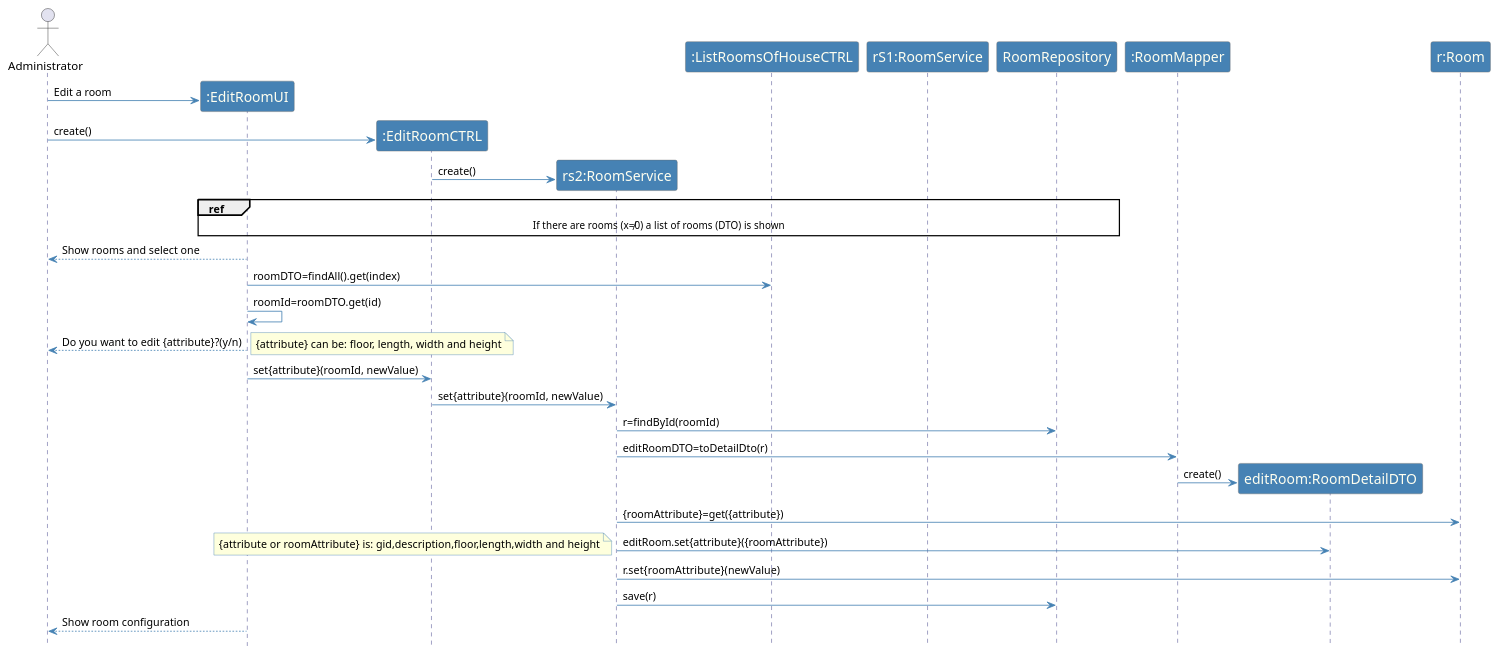
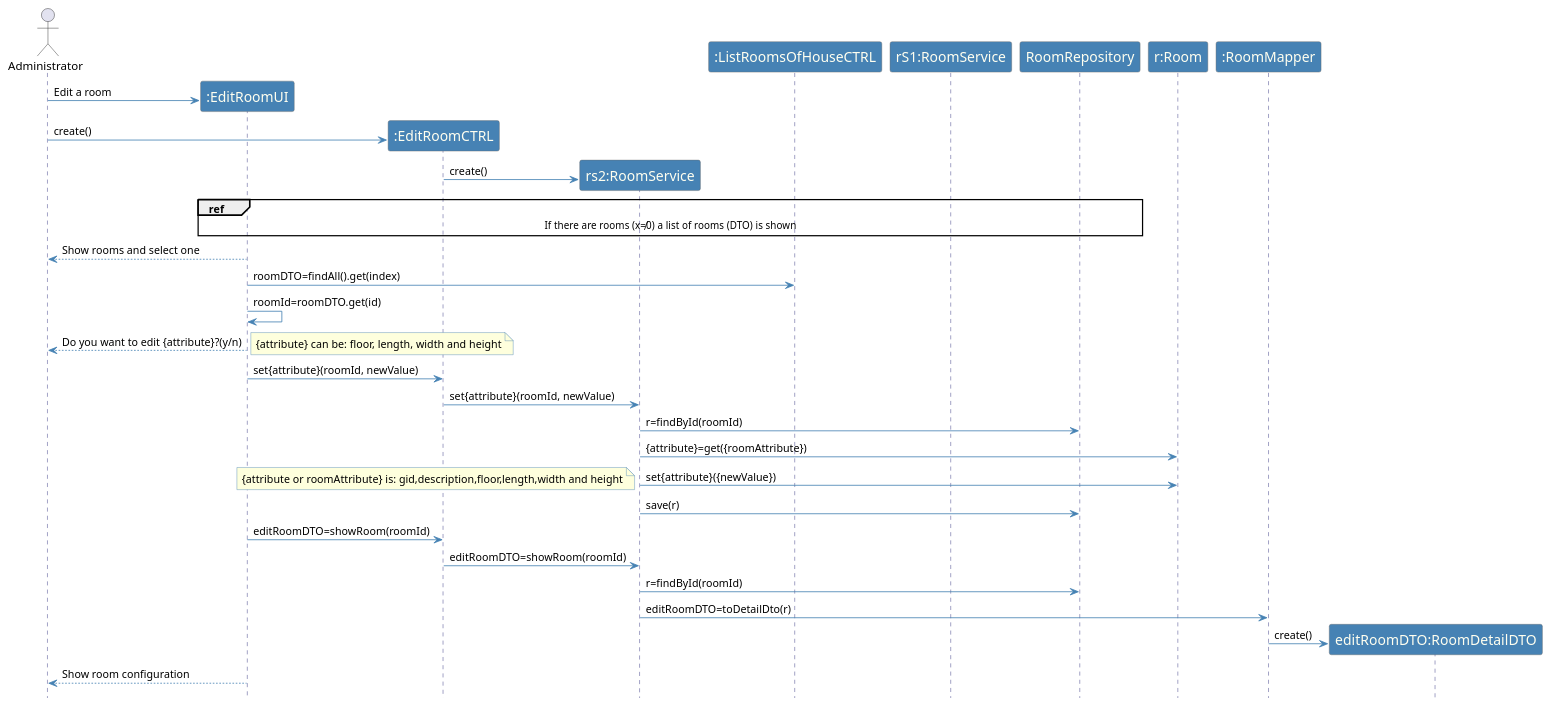
Before and after one commit to emanuel-pereira/hou: the diagram in src/main/java/smarthome/controller/sequenceDiagrams/sd_EditRoom.puml, drawn with PlantUML.

Commit message:
US109: update sequence diagram. Ref #249

```diff
--- a/src/main/java/smarthome/controller/sequenceDiagrams/sd_EditRoom.puml
+++ b/src/main/java/smarthome/controller/sequenceDiagrams/sd_EditRoom.puml
@@ -1,61 +1,65 @@
 @startuml
 hidefootbox
 
 actor Administrator
 
 skinparam sequence {
 	ArrowColor SteelBlue
 	ActorBorderColor Dimgray
 	LifeLineBorderColor MidnightBlue
 	LifeLineBackgroundColor #A9DCDF
 
 	ParticipantBorderColor Dimgray
 	ParticipantBackgroundColor SteelBlue
 	ParticipantFontName Calibri Bold
 	ParticipantFontSize 17
 	ParticipantFontColor Ivory
 
 	ActorBackgroundColor SteelBlue
 	ActorFontColor MidnightBlue
 	ActorFontSize 17
 	ActorFontName Aapex
 
 }
 
 skinparam note {
 BorderColor SteelBlue
 }
 
 create ":EditRoomUI"
 Administrator -> ":EditRoomUI":Edit a room
 create ":EditRoomCTRL"
 Administrator -> ":EditRoomCTRL": create()
 create "rs2:RoomService"
 ":EditRoomCTRL" -> "rs2:RoomService": create()
 ref over ":EditRoomUI", ":ListRoomsOfHouseCTRL", "rS1:RoomService", RoomRepository: If there are rooms (x≠0) a list of rooms (DTO) is shown
 Administrator <-- ":EditRoomUI": Show rooms and select one
 ":EditRoomUI" -> ":ListRoomsOfHouseCTRL": roomDTO=findAll().get(index)
 ":EditRoomUI" -> ":EditRoomUI": roomId=roomDTO.get(id)
 
 Administrator <-- ":EditRoomUI": Do you want to edit {attribute}?(y/n)
 note right
 {attribute} can be: floor, length, width and height
     end note
 ":EditRoomUI" -> ":EditRoomCTRL": set{attribute}(roomId, newValue)
 ":EditRoomCTRL" -> "rs2:RoomService": set{attribute}(roomId, newValue)
 "rs2:RoomService" -> RoomRepository: r=findById(roomId)
-"rs2:RoomService" -> ":RoomMapper": editRoomDTO=toDetailDto(r)
-create "editRoom:RoomDetailDTO"
-":RoomMapper" -> "editRoom:RoomDetailDTO": create()
-"rs2:RoomService" -> "r:Room": {roomAttribute}=get({attribute})
-"rs2:RoomService" -> "editRoom:RoomDetailDTO": editRoom.set{attribute}({roomAttribute})
+"rs2:RoomService" -> "r:Room": {attribute}=get({roomAttribute})
+"rs2:RoomService" -> "r:Room": set{attribute}({newValue})
 
 note left
 {attribute or roomAttribute} is: gid,description,floor,length,width and height
     end note
-"rs2:RoomService" -> "r:Room": r.set{roomAttribute}(newValue)
 "rs2:RoomService" -> RoomRepository: save(r)
+":EditRoomUI" -> ":EditRoomCTRL": editRoomDTO=showRoom(roomId)
+":EditRoomCTRL" -> "rs2:RoomService": editRoomDTO=showRoom(roomId)
+
+
+"rs2:RoomService" -> RoomRepository: r=findById(roomId)
+"rs2:RoomService" -> ":RoomMapper": editRoomDTO=toDetailDto(r)
+create "editRoomDTO:RoomDetailDTO"
+":RoomMapper" -> "editRoomDTO:RoomDetailDTO": create()
 
 Administrator <-- ":EditRoomUI": Show room configuration
 
 @enduml
```
